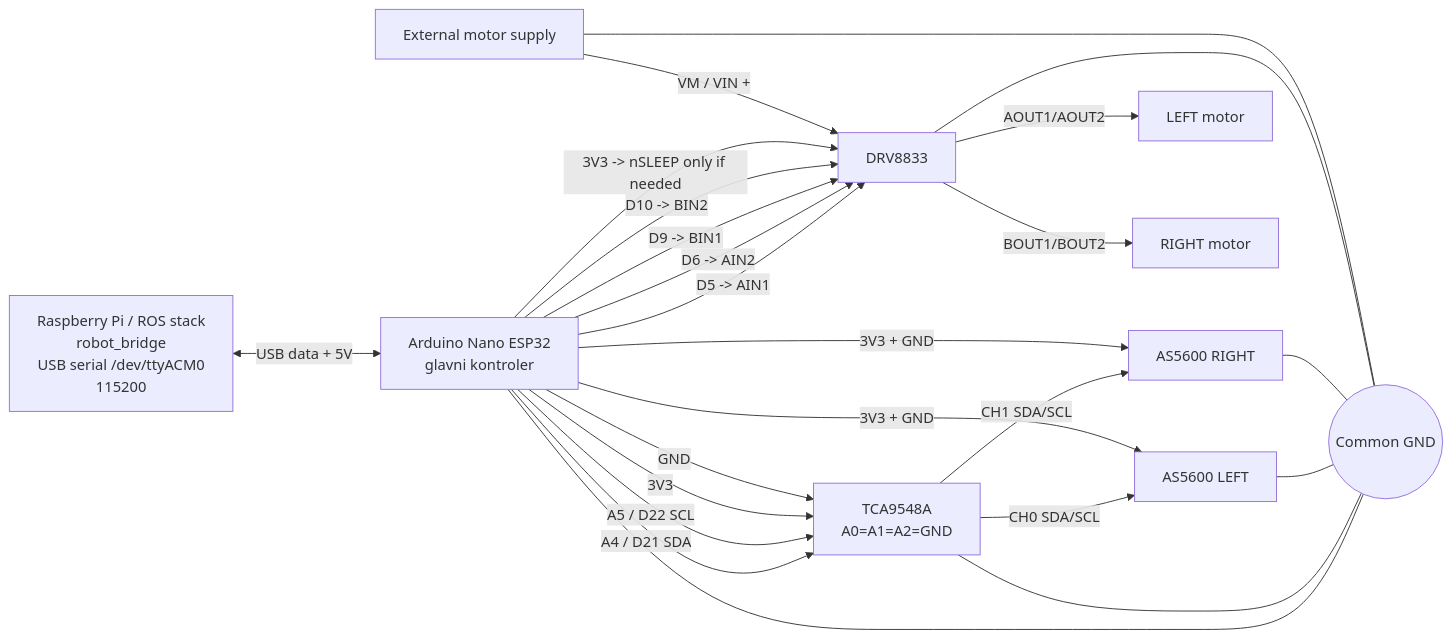
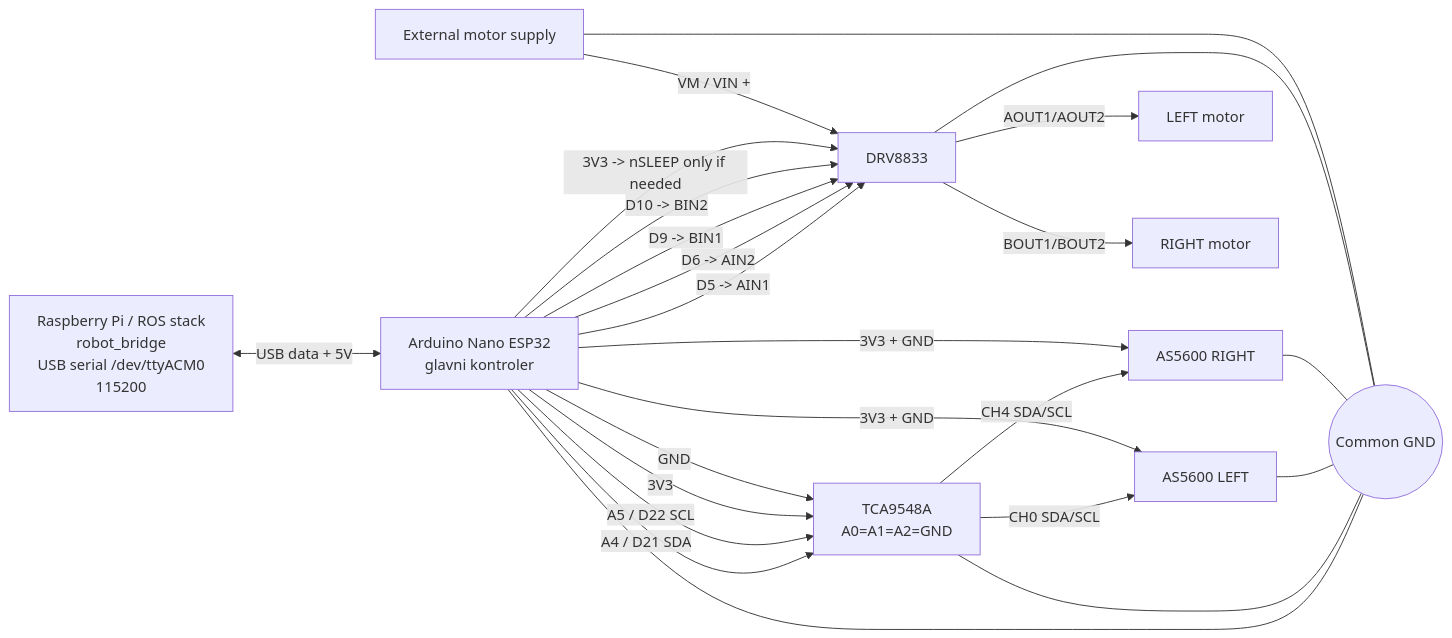
The diagram in CURRENT_WIRING_DIAGRAM.md (FilipSijak2/paper), drawn with Mermaid before and after one commit. The commit also changed other lines of this file and 13 other files, not shown here.

````diff
--- a/CURRENT_WIRING_DIAGRAM.md
+++ b/CURRENT_WIRING_DIAGRAM.md
@@ -13,43 +13,43 @@
 ```mermaid
 flowchart LR
     PI["Raspberry Pi / ROS stack<br/>robot_bridge<br/>USB serial /dev/ttyACM0<br/>115200"]
     NANO["Arduino Nano ESP32<br/>glavni kontroler"]
     TCA["TCA9548A<br/>A0=A1=A2=GND"]
     LENC["AS5600 LEFT"]
     RENC["AS5600 RIGHT"]
     DRV["DRV8833"]
     LM["LEFT motor"]
     RM["RIGHT motor"]
     EXT["External motor supply"]
     CGND(("Common GND"))
 
     PI <-->|USB data + 5V| NANO
 
     NANO -->|"A4 / D21 SDA"| TCA
     NANO -->|"A5 / D22 SCL"| TCA
     NANO -->|"3V3"| TCA
     NANO -->|"GND"| TCA
 
     TCA -->|"CH0 SDA/SCL"| LENC
-    TCA -->|"CH1 SDA/SCL"| RENC
+    TCA -->|"CH4 SDA/SCL"| RENC
     NANO -->|"3V3 + GND"| LENC
     NANO -->|"3V3 + GND"| RENC
 
     NANO -->|"D5 -> AIN1"| DRV
     NANO -->|"D6 -> AIN2"| DRV
     NANO -->|"D9 -> BIN1"| DRV
     NANO -->|"D10 -> BIN2"| DRV
     NANO -->|"3V3 -> nSLEEP only if needed"| DRV
 
     DRV -->|"AOUT1/AOUT2"| LM
     DRV -->|"BOUT1/BOUT2"| RM
 
     EXT -->|"VM / VIN +"| DRV
 
     NANO --- CGND
     TCA --- CGND
     LENC --- CGND
     RENC --- CGND
     DRV --- CGND
     EXT --- CGND
 ```
````
